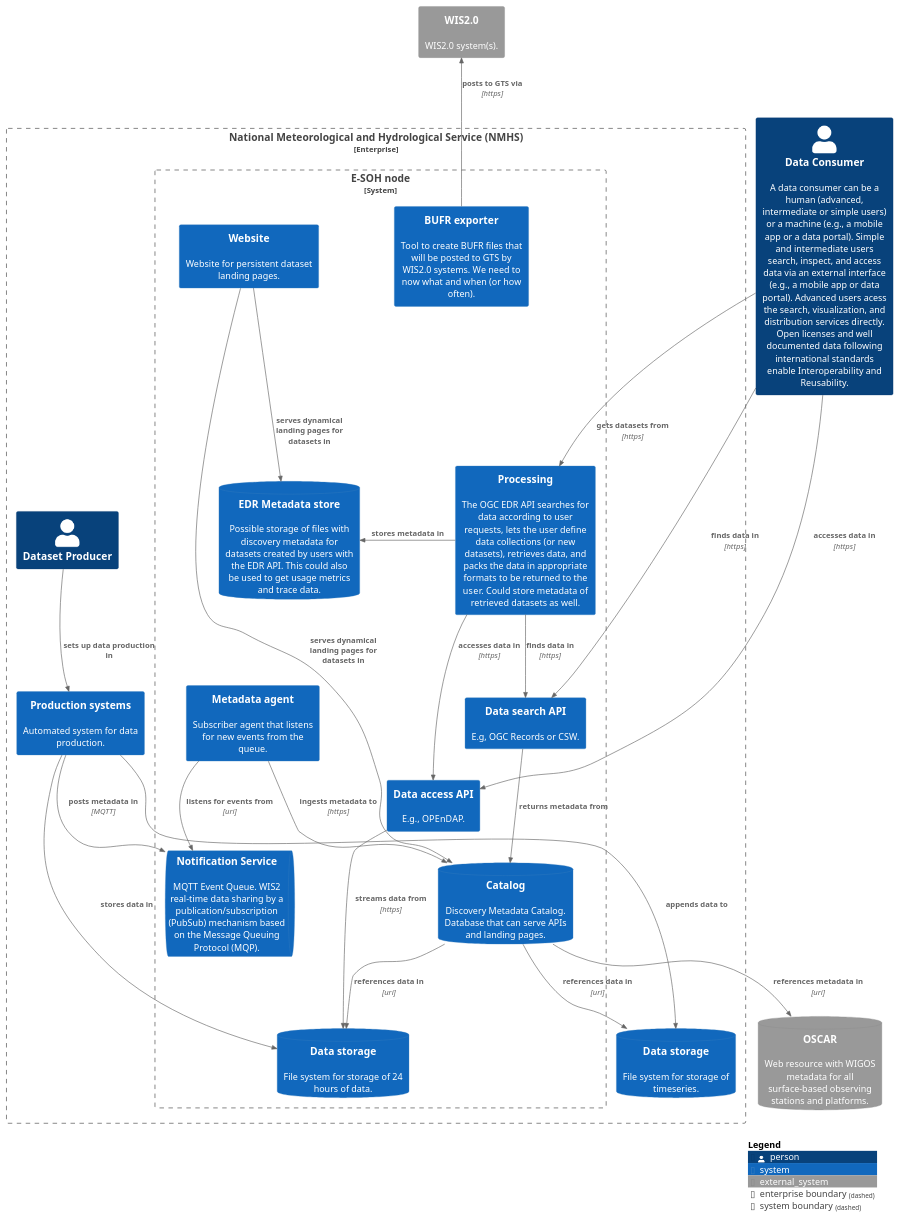
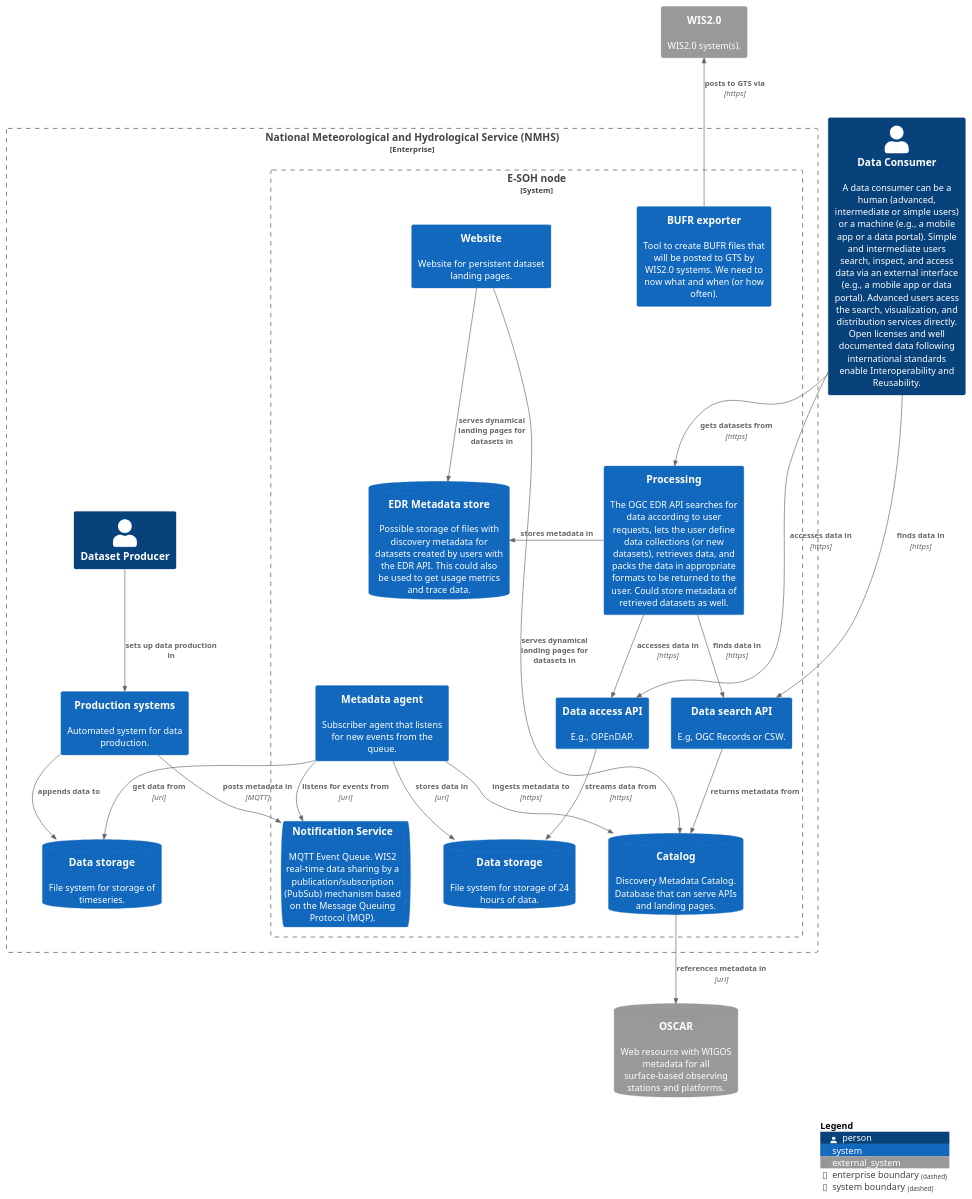
The diagram in MWH-context.puml (EURODEO/e-soh-c4), drawn with PlantUML before and after one commit.

```diff
--- a/MWH-context.puml
+++ b/MWH-context.puml
@@ -1,58 +1,57 @@
 @startuml context-diagram
 !include https://raw.githubusercontent.com/plantuml-stdlib/C4-PlantUML/master/C4_Context.puml
 
 LAYOUT_TOP_DOWN()
 'LAYOUT_LEFT_RIGHT()
 
 Person(consumers, "Data Consumer", "A data consumer can be a human (advanced, intermediate or simple users) or a machine (e.g., a mobile app or a data portal). Simple and intermediate users search, inspect, and access data via an external interface (e.g., a mobile app or data portal). Advanced users acess the search, visualization, and distribution services directly. Open licenses and well documented data following international standards enable Interoperability and Reusability.")
 SystemDb_Ext(oscar, "OSCAR", "Web resource with WIGOS metadata for all surface-based observing stations and platforms.")
 
 Enterprise_Boundary(nhms, "National Meteorological and Hydrological Service (NMHS)"){
   Person(dataproducer, "Dataset Producer")
   System(productionhub, "Production systems", "Automated system for data production.")
   SystemDb(datastore, "Data storage", "File system for storage of timeseries.")
 
   System_Boundary(e-soh, "E-SOH node"){
     SystemDb(store24, "Data storage", "File system for storage of 24 hours of data.")
     SystemQueue(queue, "Notification Service", "MQTT Event Queue. WIS2 real-time data sharing by a publication/subscription (PubSub) mechanism based on the Message Queuing Protocol (MQP).")
     SystemDb(discovery24, "Catalog", "Discovery Metadata Catalog. Database that can serve APIs and landing pages.")
     System(agent, "Metadata agent", "Subscriber agent that listens for new events from the queue.")
     System(edr, "Processing", "The OGC EDR API searches for data according to user requests, lets the user define data collections (or new datasets), retrieves data, and packs the data in appropriate formats to be returned to the user. Could store metadata of retrieved datasets as well.") 
     SystemDb(edr_store, "EDR Metadata store", "Possible storage of files with discovery metadata for datasets created by users with the EDR API. This could also be used to get usage metrics and trace data.")
     System(search, "Data search API", "E.g, OGC Records or CSW.")
     System(access, "Data access API", "E.g., OPEnDAP.")
     System(bufr, "BUFR exporter", "Tool to create BUFR files that will be posted to GTS by WIS2.0 systems. We need to now what and when (or how often).")
     System(website, "Website", "Website for persistent dataset landing pages.")
   }
 }
 
 System_Ext(wis2, "WIS2.0", "WIS2.0 system(s).")
 
 Rel_U(bufr, wis2, "posts to GTS via", "https")
 
 Rel(productionhub, queue, "posts metadata in", "MQTT")
 Rel_D(agent, queue, "listens for events from", "uri")
 Rel_D(agent, discovery24, "ingests metadata to", "https")
-Rel(discovery24, store24, "references data in", "uri")
-Rel(discovery24, datastore, "references data in", "uri")
+Rel(agent, store24, "stores data in", "uri")
+Rel(agent, datastore, "get data from", "uri")
 Rel(discovery24, oscar, "references metadata in", "uri")
 Rel(edr, search, "finds data in", "https")
 Rel(edr, access, "accesses data in", "https")
 Rel(access, store24, "streams data from", "https")
 Rel(search, discovery24, "returns metadata from")
 Rel(website, discovery24, "serves dynamical landing pages for datasets in")
 Rel(website, edr_store, "serves dynamical landing pages for datasets in")
 Rel_L(edr, edr_store, "stores metadata in")
 
 Rel(consumers, search, "finds data in", "https")
 Rel(consumers, access, "accesses data in", "https")
 Rel(consumers, edr, "gets datasets from", "https")
 
 Rel(dataproducer, productionhub, "sets up data production in")
 
 Rel(productionhub, datastore, "appends data to")
-Rel(productionhub, store24, "stores data in")
 
 SHOW_LEGEND()
 
 @enduml
```
